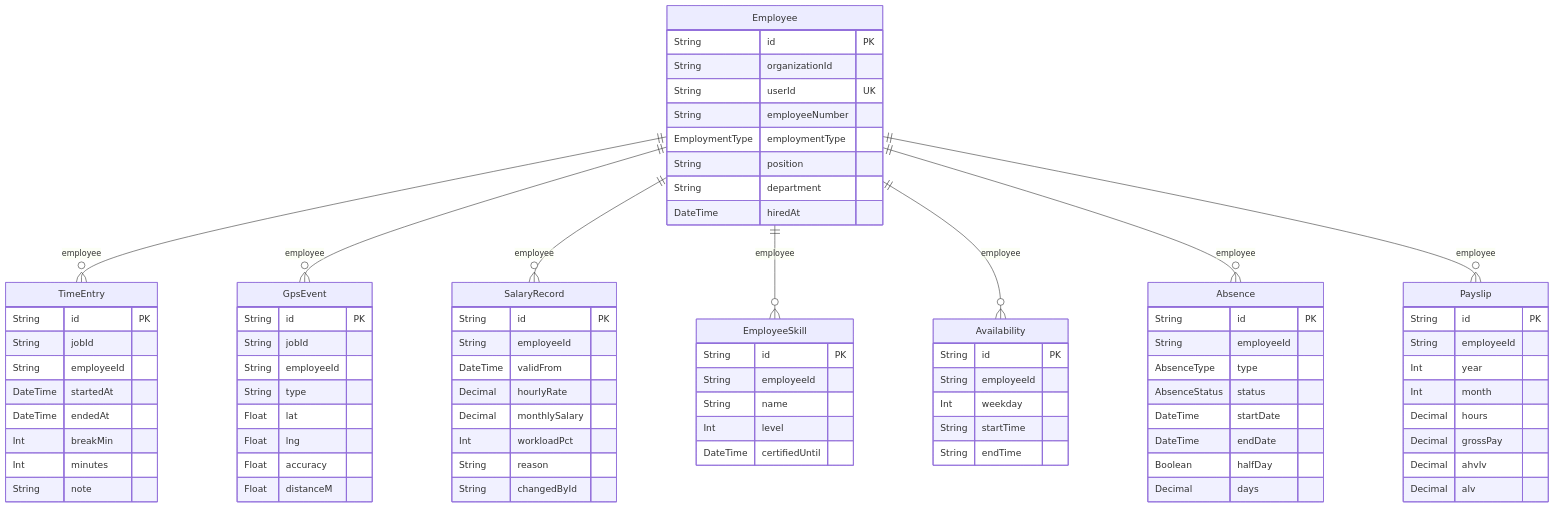
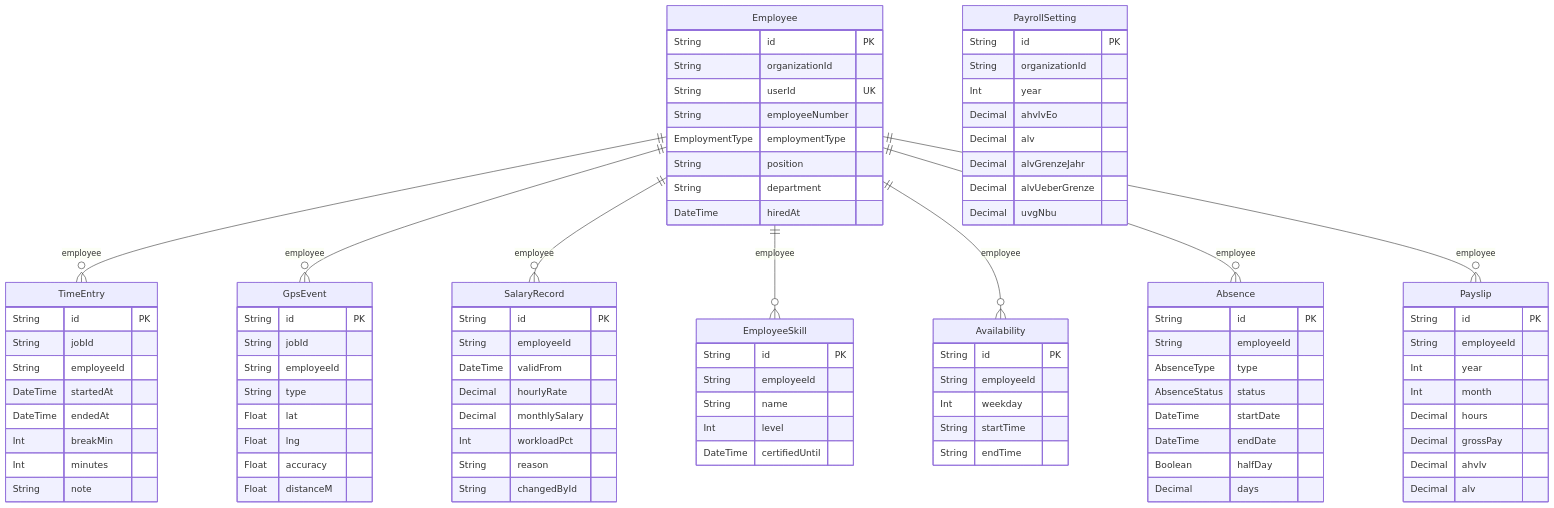
The eighth of 13 diagrams in docs/DATABASE.md (javadqasemi/Clenaris), drawn with Mermaid before and after one commit. The commit also changed other lines of this file and 4 other files, not shown here.

```diff
--- a/docs/DATABASE.md
+++ b/docs/DATABASE.md
@@ -728,6 +728,16 @@
     Boolean halfDay
     Decimal days
   }
+  PayrollSetting {
+    String id PK
+    String organizationId
+    Int year
+    Decimal ahvIvEo
+    Decimal alv
+    Decimal alvGrenzeJahr
+    Decimal alvUeberGrenze
+    Decimal uvgNbu
+  }
   Payslip {
     String id PK
     String employeeId
```
